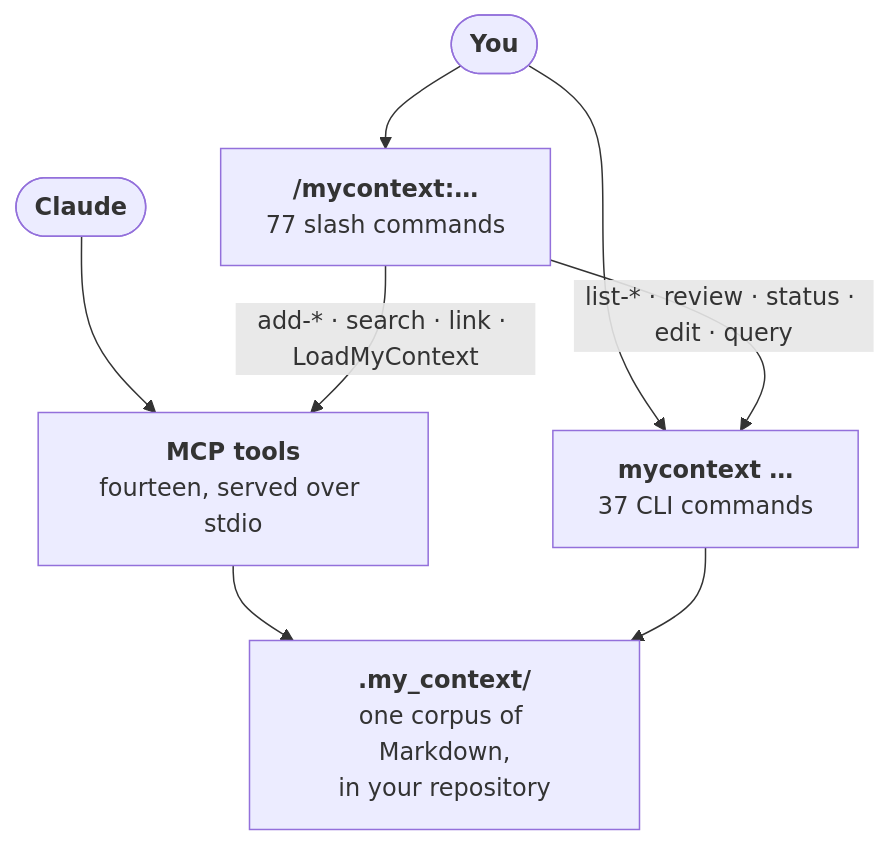
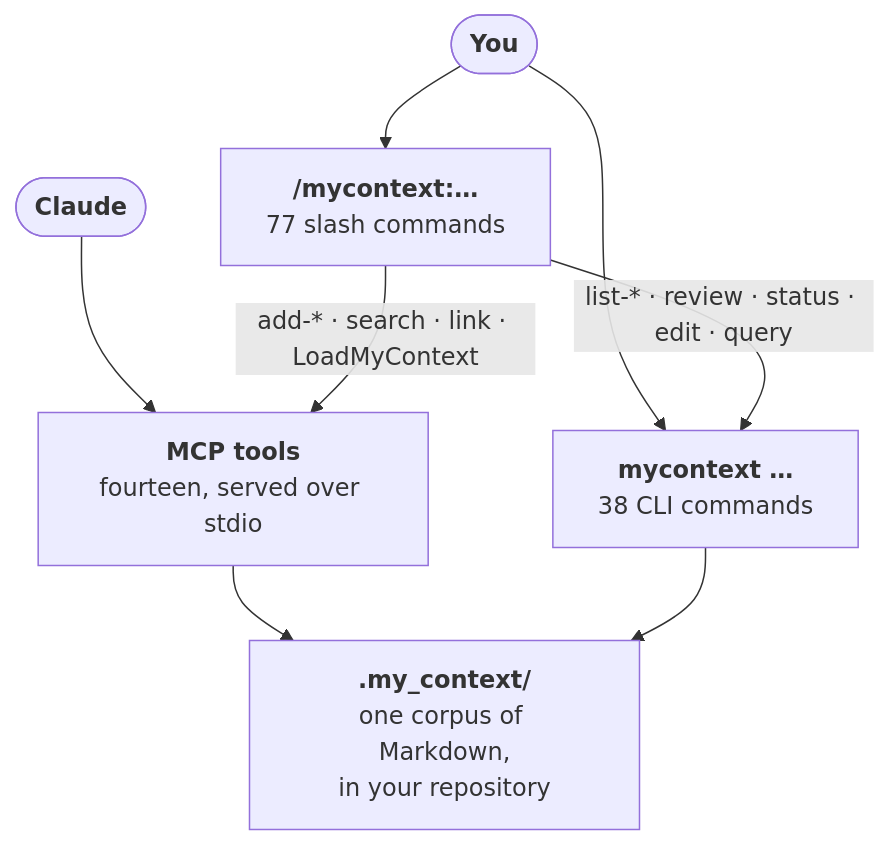
The fourth of 5 diagrams in README.md (Dudi-Bar-On/my-context), drawn with Mermaid before and after one commit. The commit also changed other lines of this file and 9 other files, not shown here.

````diff
--- a/README.md
+++ b/README.md
@@ -1837,10 +1837,10 @@
 ```mermaid
 flowchart TB
   U(["<b>You</b>"]) --> SL["<b>/mycontext:…</b><br/>77 slash commands"]
-  U --> CL["<b>mycontext …</b><br/>37 CLI commands"]
+  U --> CL["<b>mycontext …</b><br/>38 CLI commands"]
   A(["<b>Claude</b>"]) --> TL["<b>MCP tools</b><br/>fourteen, served over stdio"]
   SL -->|"add-* · search · link · LoadMyContext"| TL
   SL -->|"list-* · review · status · edit · query"| CL
   TL --> CO["<b>.my_context/</b><br/>one corpus of Markdown,<br/>in your repository"]
   CL --> CO
 ```
````
